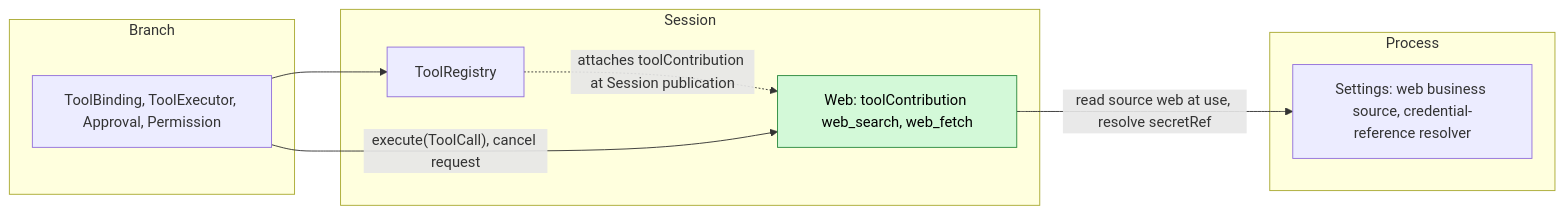
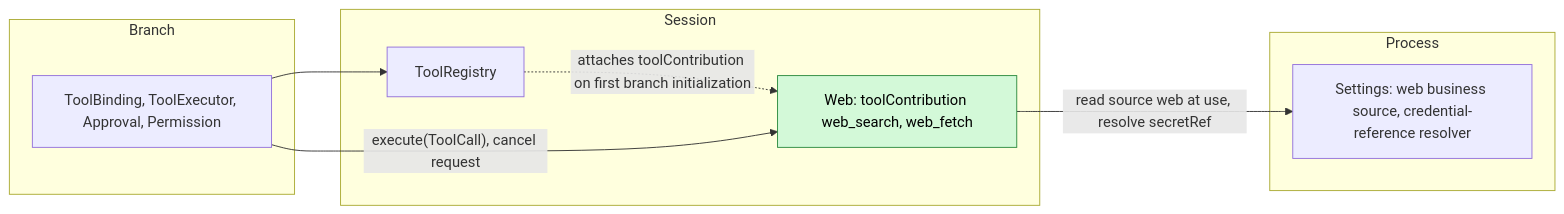
The first of 5 diagrams in docs/design/plugins/Web.md (CoutinhoTTS/dim-agent), drawn with Mermaid before and after one commit. The commit also changed other lines of this file and 19 other files, not shown here.

````diff
--- a/docs/design/plugins/Web.md
+++ b/docs/design/plugins/Web.md
@@ -9,18 +9,18 @@
 ```mermaid
 flowchart LR
   subgraph PROC["Process"]
     Settings["Settings: web business source, credential-reference resolver"]
   end
   subgraph SESS["Session"]
     Web["Web: toolContribution web_search, web_fetch"]:::new
     ToolRegistry["ToolRegistry"]
   end
   subgraph BR["Branch"]
     Exec["ToolBinding, ToolExecutor, Approval, Permission"]
   end
   Web -->|"read source web at use, resolve secretRef"| Settings
-  ToolRegistry -.->|"attaches toolContribution at Session publication"| Web
+  ToolRegistry -.->|"attaches toolContribution on first branch initialization"| Web
   Exec --> ToolRegistry
   Exec -->|"execute(ToolCall), cancel request"| Web
   classDef new fill:#d3f9d8,stroke:#2b8a3e,color:#000
 ```
````
